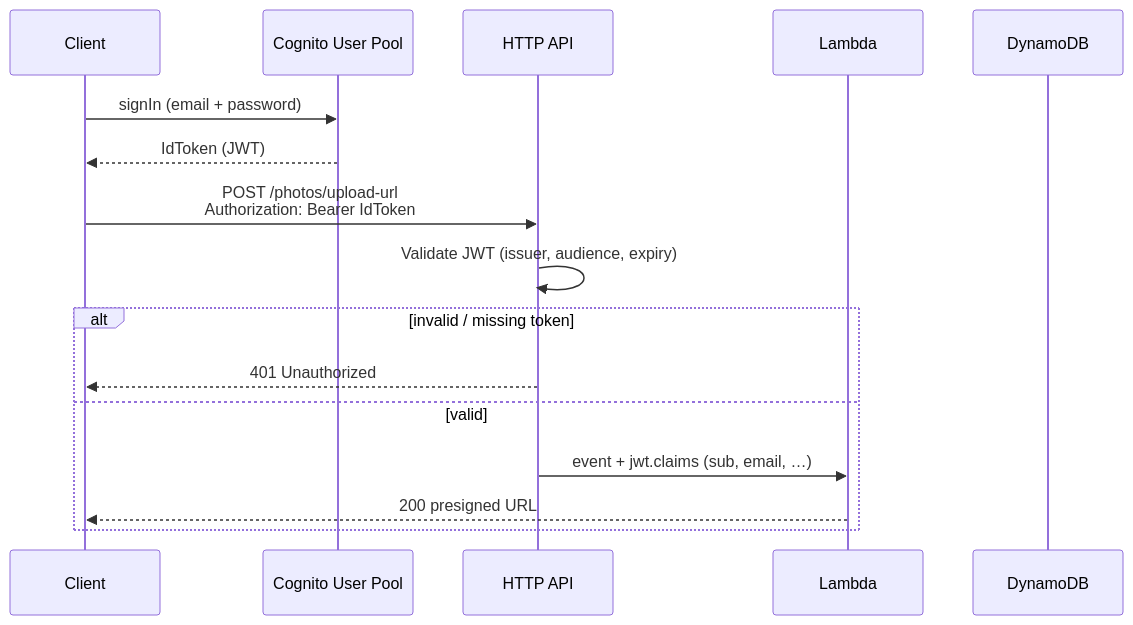
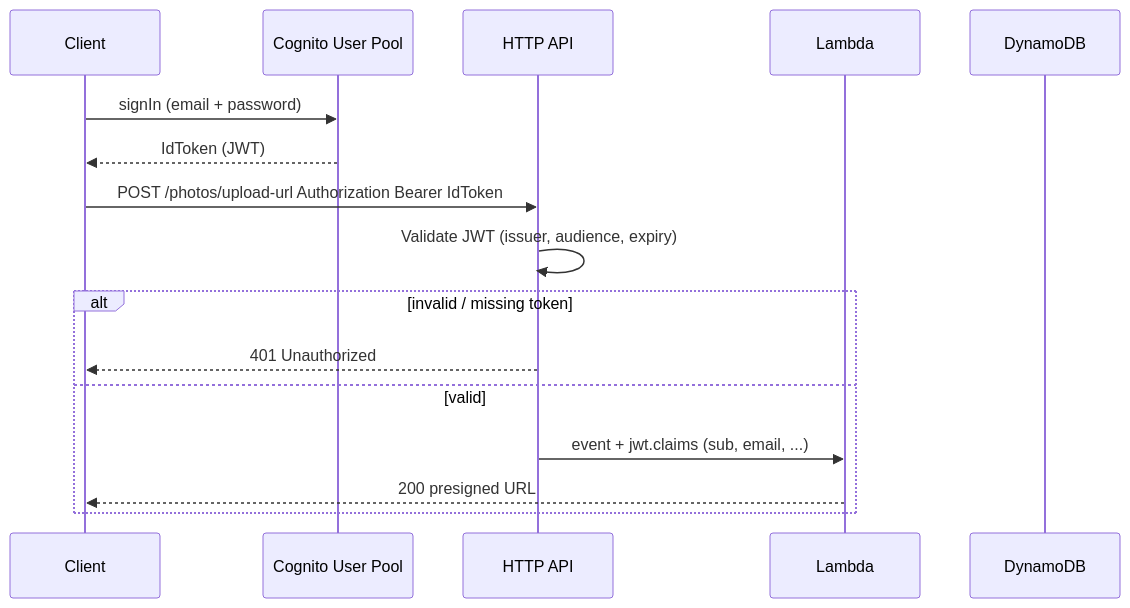
Before and after one commit to stephenfreely/photostore: the seventh of 8 diagrams in README.md, drawn with Mermaid. The commit also changed other lines of this file and 9 other files, not shown here.

````diff
--- a/README.md
+++ b/README.md
@@ -851,20 +851,20 @@
 ```mermaid
 sequenceDiagram
   participant Client
   participant Cognito as Cognito User Pool
   participant GW as HTTP API
   participant Lambda
   participant DDB as DynamoDB
 
   Client->>Cognito: signIn (email + password)
   Cognito-->>Client: IdToken (JWT)
 
-  Client->>GW: POST /photos/upload-url<br/>Authorization: Bearer IdToken
+  Client->>GW: POST /photos/upload-url Authorization Bearer IdToken
   GW->>GW: Validate JWT (issuer, audience, expiry)
   alt invalid / missing token
     GW-->>Client: 401 Unauthorized
   else valid
-    GW->>Lambda: event + jwt.claims (sub, email, …)
+    GW->>Lambda: event + jwt.claims (sub, email, ...)
     Lambda-->>Client: 200 presigned URL
   end
 ```
````
